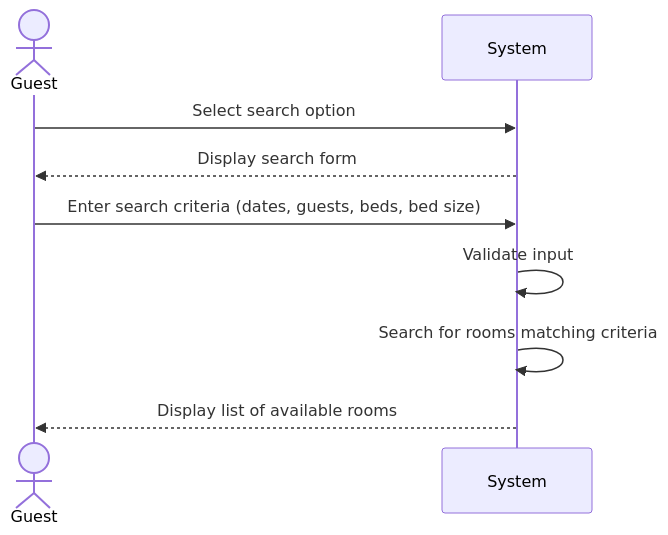
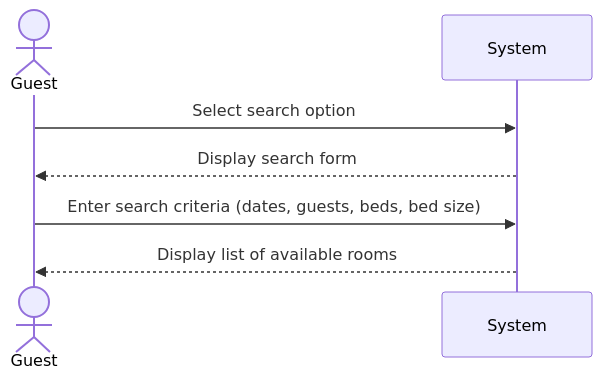
Before and after one commit to JaceYar/Software1-Proj: the diagram in Documentation/User-Cases/SearchAvailableRoom.md, drawn with Mermaid. The commit also changed 17 other files, not shown here.

````diff
--- a/Documentation/User-Cases/SearchAvailableRoom.md
+++ b/Documentation/User-Cases/SearchAvailableRoom.md
@@ -11,12 +11,10 @@
 ```mermaid
 sequenceDiagram
     actor Guest
     participant System
 
     Guest->>System: Select search option
     System-->>Guest: Display search form
     Guest->>System: Enter search criteria (dates, guests, beds, bed size)
-    System->>System: Validate input
-    System->>System: Search for rooms matching criteria
     System-->>Guest: Display list of available rooms
 ```
````
